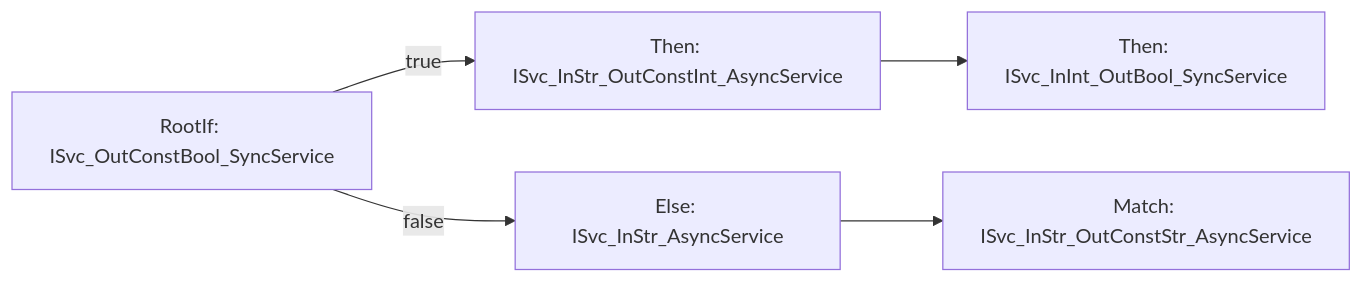
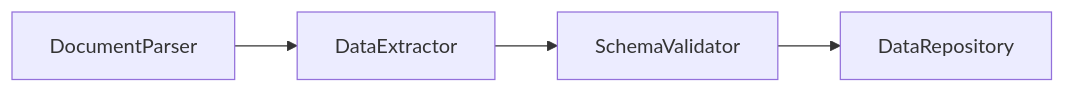
The first of 4 diagrams in README.md (stiproot/xo-tasktree), drawn with Mermaid before and after one commit. The commit also changed other lines of this file and 6 other files, not shown here.

````diff
--- a/README.md
+++ b/README.md
@@ -62,7 +205,6 @@
 ```mermaid
 graph LR
-    A[RootIf: ISvc_OutConstBool_SyncService] -->|true| B[Then: ISvc_InStr_OutConstInt_AsyncService]
-    A -->|false| E[Else: ISvc_InStr_AsyncService]
-    B --> C[Then: ISvc_InInt_OutBool_SyncService]
-    E --> F[Match: ISvc_InStr_OutConstStr_AsyncService]
+    A[DocumentParser] --> B[DataExtractor]
+    B --> C[SchemaValidator]
+    C --> D[DataRepository]
 ```
````
